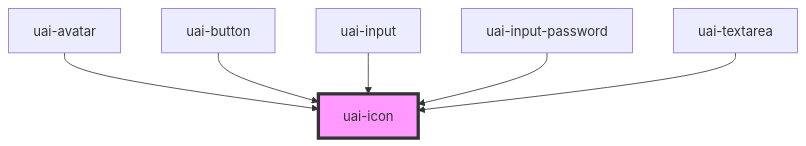
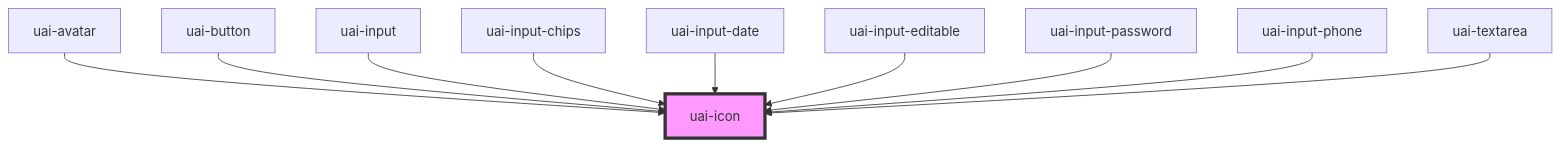
The diagram in src/components/uai-icon/readme.md (takenet/blip-ds), drawn with Mermaid before and after one commit. The commit also changed other lines of this file and 110 other files, not shown here.

First line of the commit message:
feat: complete UAI input family and fix avatar compatibility

````diff
--- a/src/components/uai-icon/readme.md
+++ b/src/components/uai-icon/readme.md
@@ -50,9 +54,13 @@
 ```mermaid
 graph TD;
   uai-avatar --> uai-icon
   uai-button --> uai-icon
   uai-input --> uai-icon
+  uai-input-chips --> uai-icon
+  uai-input-date --> uai-icon
+  uai-input-editable --> uai-icon
   uai-input-password --> uai-icon
+  uai-input-phone --> uai-icon
   uai-textarea --> uai-icon
   style uai-icon fill:#f9f,stroke:#333,stroke-width:4px
 ```
````
